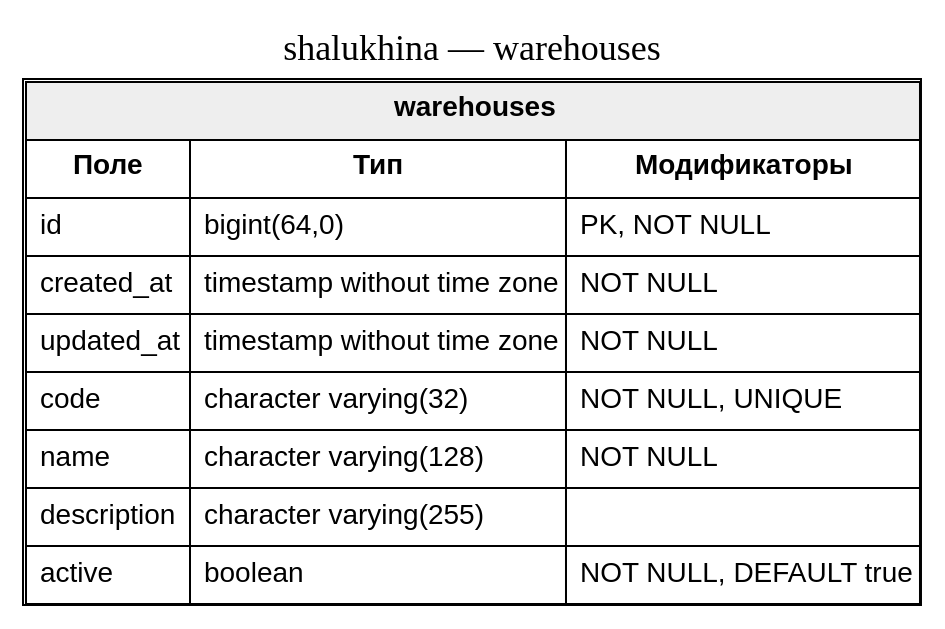
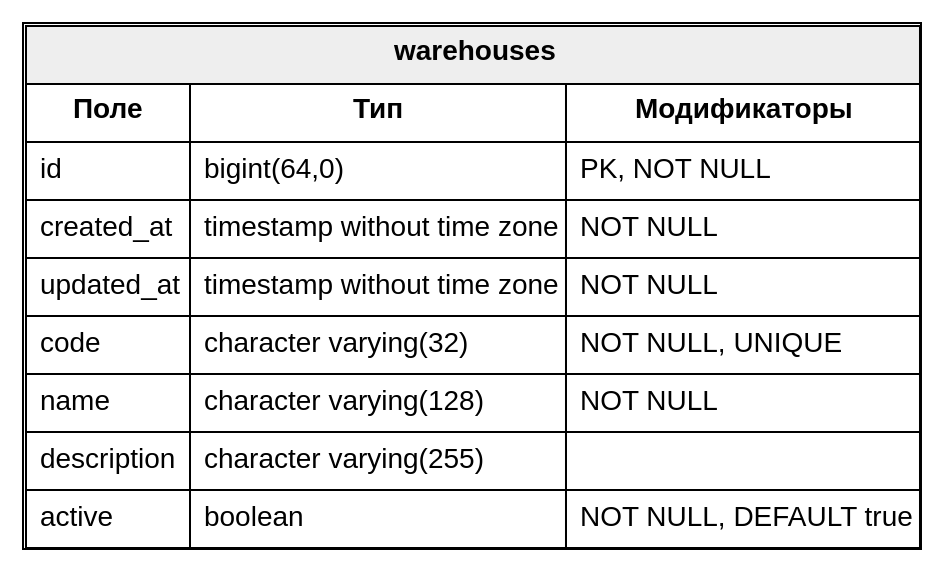
One commit to diplomas-2026/shalukhina changed the diagram in database-screenshots/dot/tables/warehouses.dot. Above: the diagram before and after it, drawn with Graphviz. The commit also changed 29 other files, not shown here.

Commit message:
Add database schema screenshots

```diff
--- a/database-screenshots/dot/tables/warehouses.dot
+++ b/database-screenshots/dot/tables/warehouses.dot
@@ -1,7 +1,5 @@
 digraph single_table {
   graph [rankdir=TB, fontsize=18];
   node [shape=plain, fontname="Arial"];
-  label="shalukhina — warehouses";
-  labelloc=t;
   "warehouses" [label=<<TABLE BORDER="1" CELLBORDER="1" CELLSPACING="0" CELLPADDING="6"><TR><TD BGCOLOR="#eeeeee" COLSPAN="3"><B>warehouses</B></TD></TR><TR><TD><B>Поле</B></TD><TD><B>Тип</B></TD><TD><B>Модификаторы</B></TD></TR><TR><TD ALIGN="LEFT">id</TD><TD ALIGN="LEFT">bigint(64,0)</TD><TD ALIGN="LEFT">PK, NOT NULL</TD></TR><TR><TD ALIGN="LEFT">created_at</TD><TD ALIGN="LEFT">timestamp without time zone</TD><TD ALIGN="LEFT">NOT NULL</TD></TR><TR><TD ALIGN="LEFT">updated_at</TD><TD ALIGN="LEFT">timestamp without time zone</TD><TD ALIGN="LEFT">NOT NULL</TD></TR><TR><TD ALIGN="LEFT">code</TD><TD ALIGN="LEFT">character varying(32)</TD><TD ALIGN="LEFT">NOT NULL, UNIQUE</TD></TR><TR><TD ALIGN="LEFT">name</TD><TD ALIGN="LEFT">character varying(128)</TD><TD ALIGN="LEFT">NOT NULL</TD></TR><TR><TD ALIGN="LEFT">description</TD><TD ALIGN="LEFT">character varying(255)</TD><TD ALIGN="LEFT"></TD></TR><TR><TD ALIGN="LEFT">active</TD><TD ALIGN="LEFT">boolean</TD><TD ALIGN="LEFT">NOT NULL, DEFAULT true</TD></TR></TABLE>>];
 }
```
